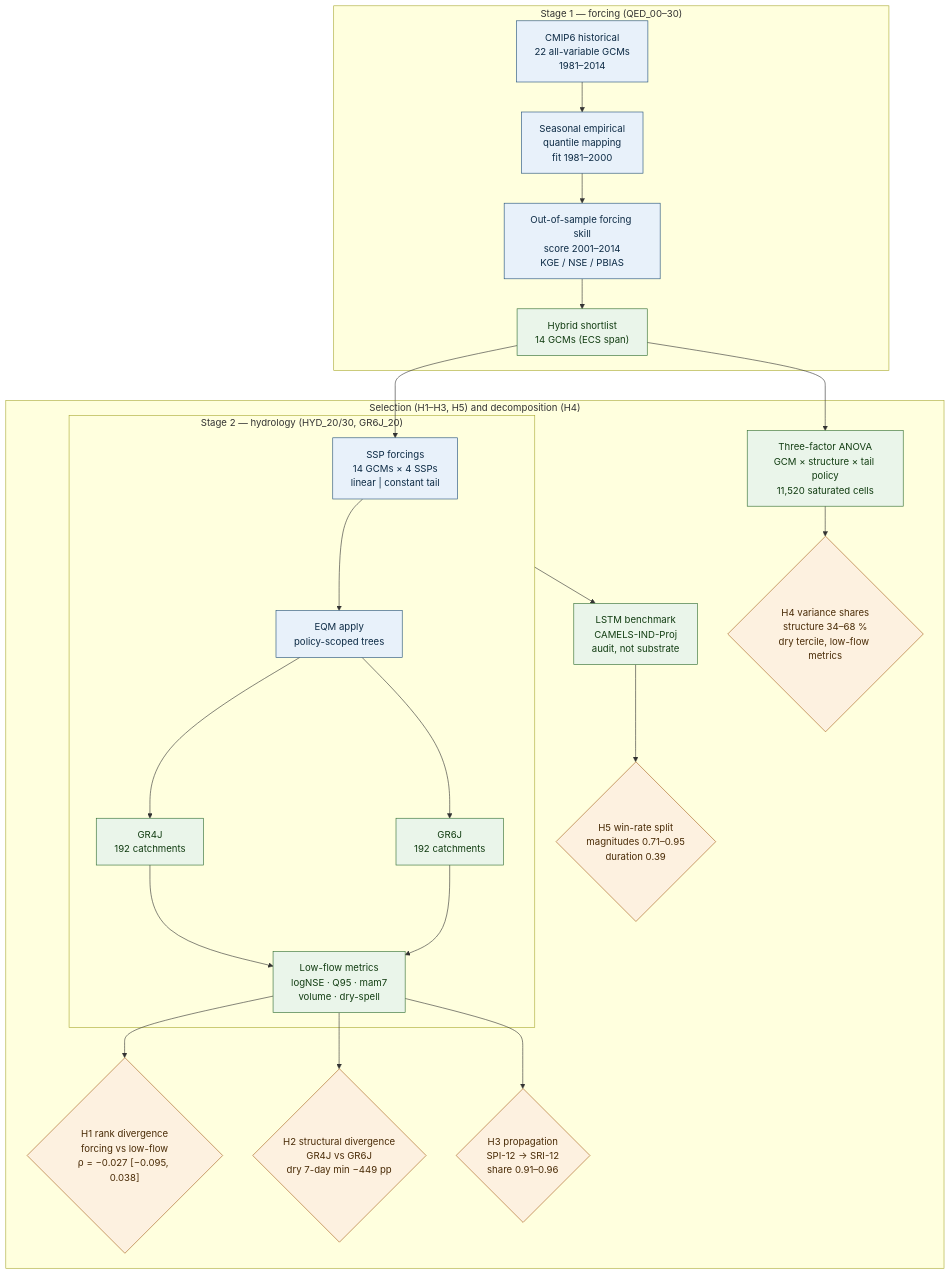
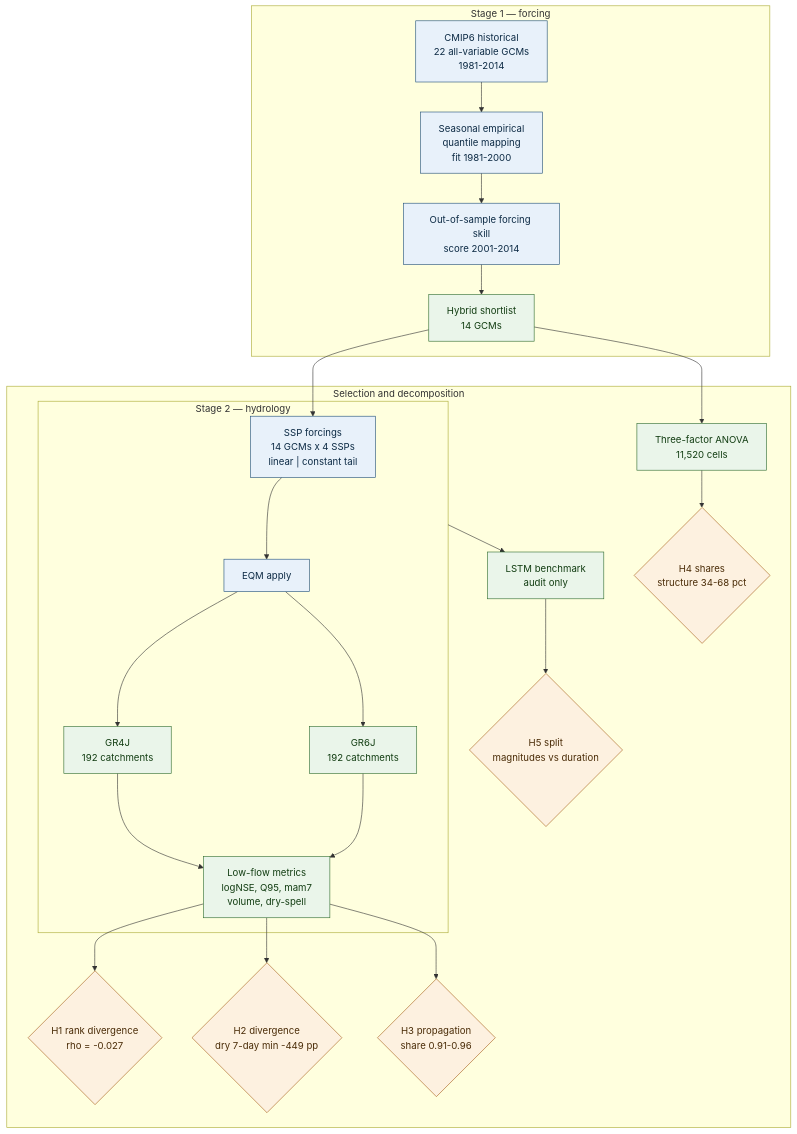
Before and after one commit to anixn/CMIP6_IND_GR4J: the diagram in manuscript/figures/fig1_framework.mmd, drawn with Mermaid. The commit also changed 27 other files, not shown here.

```diff
--- a/manuscript/figures/fig1_framework.mmd
+++ b/manuscript/figures/fig1_framework.mmd
@@ -1,32 +1,29 @@
 flowchart TB
-    subgraph S1["Stage 1 &mdash; forcing (QED_00–30)"]
-        A["CMIP6 historical<br/>22 all-variable GCMs<br/>1981–2014"] --> B["Seasonal empirical<br/>quantile mapping<br/>fit 1981–2000"]
-        B --> C["Out-of-sample forcing skill<br/>score 2001–2014<br/>KGE / NSE / PBIAS"]
-        C --> D["Hybrid shortlist<br/>14 GCMs (ECS span)"]
+    subgraph S1["Stage 1 — forcing"]
+        A["CMIP6 historical<br/>22 all-variable GCMs<br/>1981-2014"] --> B["Seasonal empirical<br/>quantile mapping<br/>fit 1981-2000"]
+        B --> C["Out-of-sample forcing skill<br/>score 2001-2014"]
+        C --> D["Hybrid shortlist<br/>14 GCMs"]
     end
-
-    subgraph S2["Stage 2 &mdash; hydrology (HYD_20/30, GR6J_20)"]
-        D --> E["SSP forcings<br/>14 GCMs × 4 SSPs<br/>linear | constant tail"]
-        E --> F["EQM apply<br/>policy-scoped trees"]
+    subgraph S2["Stage 2 — hydrology"]
+        D --> E["SSP forcings<br/>14 GCMs x 4 SSPs<br/>linear | constant tail"]
+        E --> F["EQM apply"]
         F --> G1["GR4J<br/>192 catchments"]
         F --> G2["GR6J<br/>192 catchments"]
-        G1 --> H["Low-flow metrics<br/>logNSE · Q95 · mam7<br/>volume · dry-spell"]
+        G1 --> H["Low-flow metrics<br/>logNSE, Q95, mam7<br/>volume, dry-spell"]
         G2 --> H
     end
-
-    subgraph S3["Selection (H1–H3, H5) and decomposition (H4)"]
-        H --> I{"H1 rank divergence<br/>forcing vs low-flow<br/>ρ = −0.027 [−0.095, 0.038]"}
-        H --> J{"H2 structural divergence<br/>GR4J vs GR6J<br/>dry 7-day min −449 pp"}
-        H --> K{"H3 propagation<br/>SPI-12 → SRI-12<br/>share 0.91–0.96"}
-        S2 --> L["LSTM benchmark<br/>CAMELS-IND-Proj<br/>audit, not substrate"]
-        L --> M{"H5 win-rate split<br/>magnitudes 0.71–0.95<br/>duration 0.39"}
-        D --> N["Three-factor ANOVA<br/>GCM × structure × tail policy<br/>11,520 saturated cells"]
-        N --> O{"H4 variance shares<br/>structure 34–68 %<br/>dry tercile, low-flow metrics"}
+    subgraph S3["Selection and decomposition"]
+        H --> I{"H1 rank divergence<br/>rho = -0.027"}
+        H --> J{"H2 divergence<br/>dry 7-day min -449 pp"}
+        H --> K{"H3 propagation<br/>share 0.91-0.96"}
+        S2 --> L["LSTM benchmark<br/>audit only"]
+        L --> M{"H5 split<br/>magnitudes vs duration"}
+        D --> N["Three-factor ANOVA<br/>11,520 cells"]
+        N --> O{"H4 shares<br/>structure 34-68 pct"}
     end
-
     classDef data fill:#e8f1fa,stroke:#1f4e79,color:#0d2b45
     classDef model fill:#eaf5ea,stroke:#2e6b2e,color:#123d12
     classDef hypo fill:#fdf1e0,stroke:#a6611a,color:#4a2c07
     class A,B,C,E,F data
     class D,G1,G2,H,L,N model
     class I,J,K,M,O hypo
```
